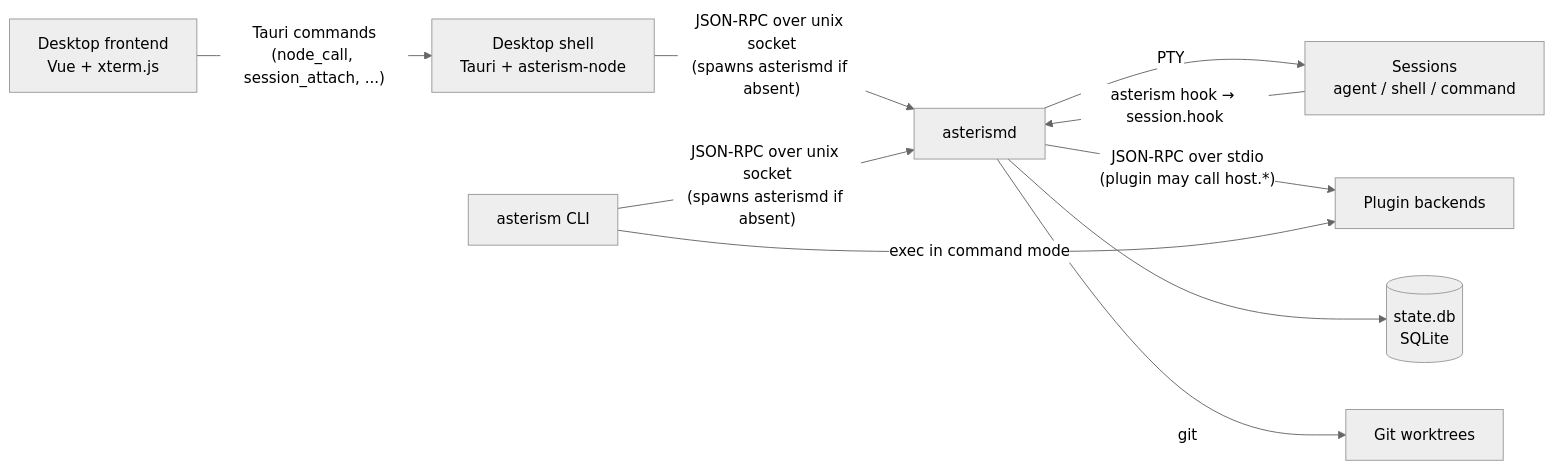
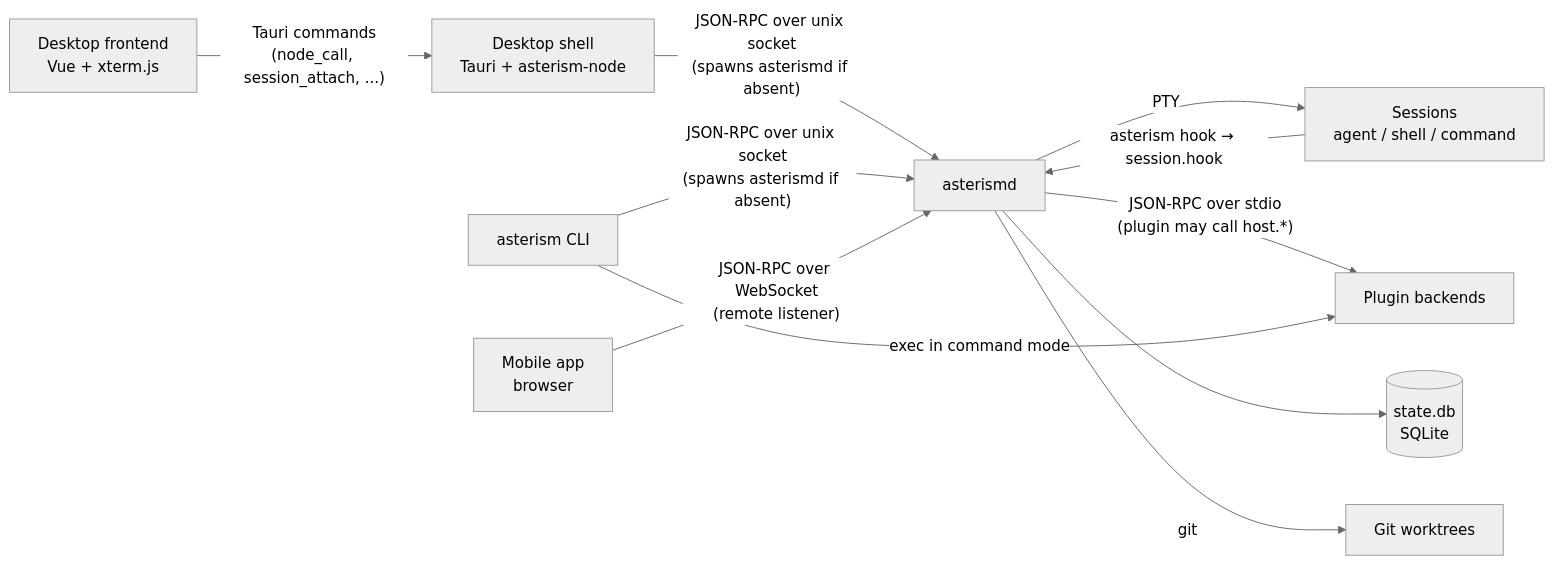
Before and after one commit to asterism-dev/asterism: the diagram in docs/developer/architecture.md, drawn with Mermaid (neutral theme). The commit also changed other lines of this file and 60 other files, not shown here.

````diff
--- a/docs/developer/architecture.md
+++ b/docs/developer/architecture.md
@@ -7,12 +7,13 @@
 ```mermaid
 flowchart LR
   UI["Desktop frontend<br/>Vue + xterm.js"] -- "Tauri commands<br/>(node_call, session_attach, ...)" --> SHELL["Desktop shell<br/>Tauri + asterism-node"]
   SHELL -- "JSON-RPC over unix socket<br/>(spawns asterismd if absent)" --> D["asterismd"]
   CLI["asterism CLI"] -- "JSON-RPC over unix socket<br/>(spawns asterismd if absent)" --> D
+  M["Mobile app<br/>browser"] -- "JSON-RPC over WebSocket<br/>(remote listener)" --> D
   D -- "PTY" --> S["Sessions<br/>agent / shell / command"]
   S -- "asterism hook → session.hook" --> D
   D -- "JSON-RPC over stdio<br/>(plugin may call host.*)" --> P["Plugin backends"]
   CLI -- "exec in command mode" --> P
   D --> DB[("state.db<br/>SQLite")]
   D -- "git" --> W["Git worktrees"]
 ```
````
